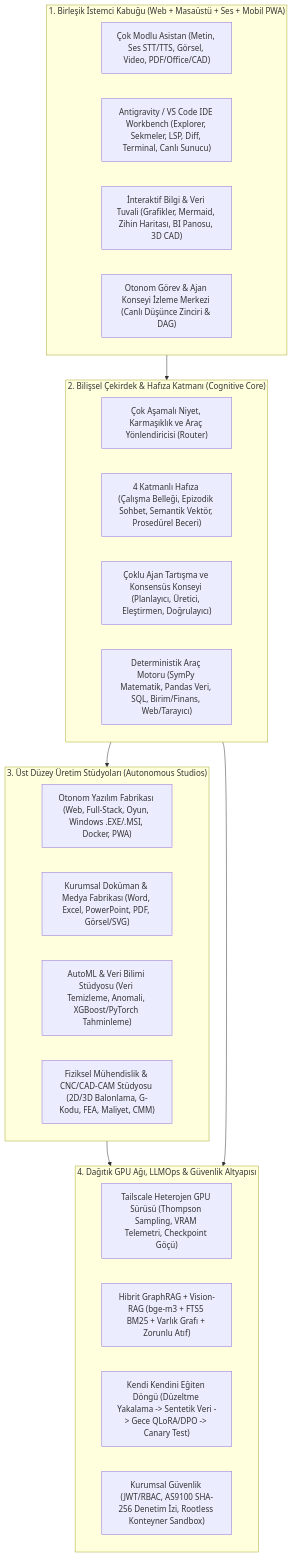
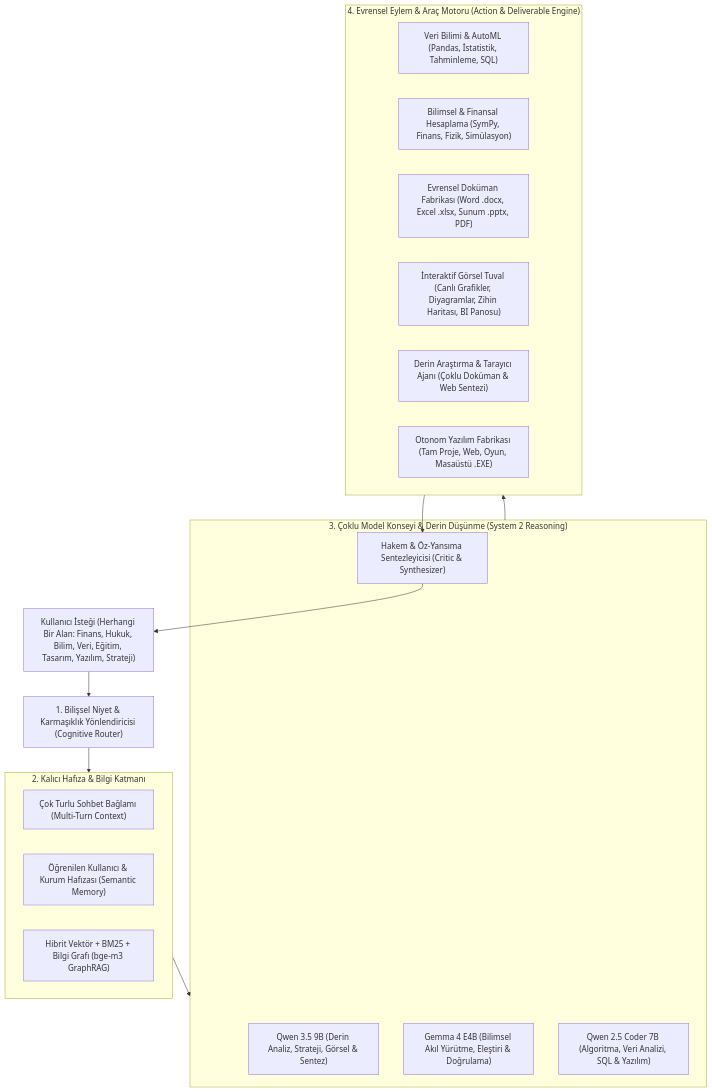
The diagram in docs/ENTERPRISE_AI_MASTER_IMPLEMENTATION_PLAN.md (bostnishak/distributed-ai-dev-platform), drawn with Mermaid before and after one commit. The commit also changed other lines of this file, not shown here.

````diff
--- a/docs/ENTERPRISE_AI_MASTER_IMPLEMENTATION_PLAN.md
+++ b/docs/ENTERPRISE_AI_MASTER_IMPLEMENTATION_PLAN.md
@@ -20,35 +26,34 @@
 ```mermaid
 flowchart TB
-    subgraph Client["1. Birleşik İstemci Kabuğu (Web + Masaüstü + Ses + Mobil PWA)"]
-        UIChat["Çok Modlu Asistan (Metin, Ses STT/TTS, Görsel, Video, PDF/Office/CAD)"]
-        UIWorkbench["Antigravity / VS Code IDE Workbench (Explorer, Sekmeler, LSP, Diff, Terminal, Canlı Sunucu)"]
-        UICanvas["İnteraktif Bilgi & Veri Tuvali (Grafikler, Mermaid, Zihin Haritası, BI Panosu, 3D CAD)"]
-        UIWorkflow["Otonom Görev & Ajan Konseyi İzleme Merkezi (Canlı Düşünce Zinciri & DAG)"]
+    User["Kullanıcı İsteği (Herhangi Bir Alan: Finans, Hukuk, Bilim, Veri, Eğitim, Tasarım, Yazılım, Strateji)"]
+    Router["1. Bilişsel Niyet & Karmaşıklık Yönlendiricisi (Cognitive Router)"]
+
+    subgraph Memory["2. Kalıcı Hafıza & Bilgi Katmanı"]
+        STM["Çok Turlu Sohbet Bağlamı (Multi-Turn Context)"]
+        LTM["Öğrenilen Kullanıcı & Kurum Hafızası (Semantic Memory)"]
+        RAG["Hibrit Vektör + BM25 + Bilgi Grafı (bge-m3 GraphRAG)"]
     end
 
-    subgraph Core["2. Bilişsel Çekirdek & Hafıza Katmanı (Cognitive Core)"]
-        Intent["Çok Aşamalı Niyet, Karmaşıklık ve Araç Yönlendiricisi (Router)"]
-        Memory["4 Katmanlı Hafıza (Çalışma Belleği, Epizodik Sohbet, Semantik Vektör, Prosedürel Beceri)"]
-        Council["Çoklu Ajan Tartışma ve Konsensüs Konseyi (Planlayıcı, Üretici, Eleştirmen, Doğrulayıcı)"]
-        Tools["Deterministik Araç Motoru (SymPy Matematik, Pandas Veri, SQL, Birim/Finans, Web/Tarayıcı)"]
+    subgraph Council["3. Çoklu Model Konseyi & Derin Düşünme (System 2 Reasoning)"]
+        M1["Qwen 3.5 9B (Derin Analiz, Strateji, Görsel & Sentez)"]
+        M2["Gemma 4 E4B (Bilimsel Akıl Yürütme, Eleştiri & Doğrulama)"]
+        M3["Qwen 2.5 Coder 7B (Algoritma, Veri Analizi, SQL & Yazılım)"]
+        Judge["Hakem & Öz-Yansıma Sentezleyicisi (Critic & Synthesizer)"]
     end
 
-    subgraph Studios["3. Üst Düzey Üretim Stüdyoları (Autonomous Studios)"]
-        SoftFactory["Otonom Yazılım Fabrikası (Web, Full-Stack, Oyun, Windows .EXE/.MSI, Docker, PWA)"]
-        DocFactory["Kurumsal Doküman & Medya Fabrikası (Word, Excel, PowerPoint, PDF, Görsel/SVG)"]
-        DataStudio["AutoML & Veri Bilimi Stüdyosu (Veri Temizleme, Anomali, XGBoost/PyTorch Tahminleme)"]
-        EngStudio["Fiziksel Mühendislik & CNC/CAD-CAM Stüdyosu (2D/3D Balonlama, G-Kodu, FEA, Maliyet, CMM)"]
+    subgraph Tools["4. Evrensel Eylem & Araç Motoru (Action & Deliverable Engine)"]
+        TData["Veri Bilimi & AutoML (Pandas, İstatistik, Tahminleme, SQL)"]
+        TMath["Bilimsel & Finansal Hesaplama (SymPy, Finans, Fizik, Simülasyon)"]
+        TDoc["Evrensel Doküman Fabrikası (Word .docx, Excel .xlsx, Sunum .pptx, PDF)"]
+        TCanvas["İnteraktif Görsel Tuval (Canlı Grafikler, Diyagramlar, Zihin Haritası, BI Panosu)"]
+        TWeb["Derin Araştırma & Tarayıcı Ajanı (Çoklu Doküman & Web Sentezi)"]
+        TSoft["Otonom Yazılım Fabrikası (Tam Proje, Web, Oyun, Masaüstü .EXE)"]
     end
 
-    subgraph Infra["4. Dağıtık GPU Ağı, LLMOps & Güvenlik Altyapısı"]
-        Swarm["Tailscale Heterojen GPU Sürüsü (Thompson Sampling, VRAM Telemetri, Checkpoint Göçü)"]
-        RAG["Hibrit GraphRAG + Vision-RAG (bge-m3 + FTS5 BM25 + Varlık Grafı + Zorunlu Atıf)"]
-        LLMOps["Kendi Kendini Eğiten Döngü (Düzeltme Yakalama -> Sentetik Veri -> Gece QLoRA/DPO -> Canary Test)"]
-        Sec["Kurumsal Güvenlik (JWT/RBAC, AS9100 SHA-256 Denetim İzi, Rootless Konteyner Sandbox)"]
-    end
-
-    Client --> Core
-    Core --> Studios
-    Studios --> Infra
-    Core --> Infra
+    User --> Router
+    Router --> Memory
+    Memory --> Council
+    Council --> Tools
+    Tools --> Judge
+    Judge --> User
 ```
````
